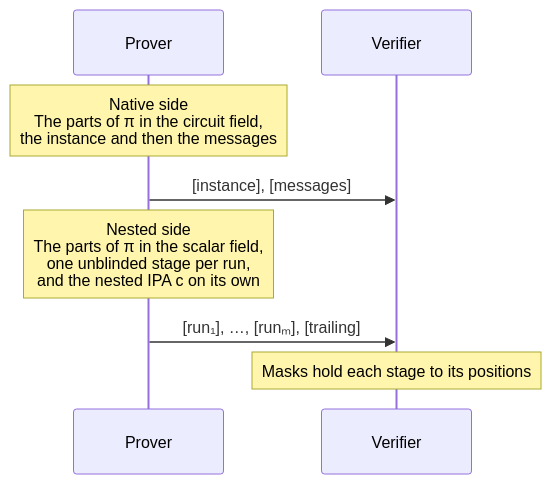
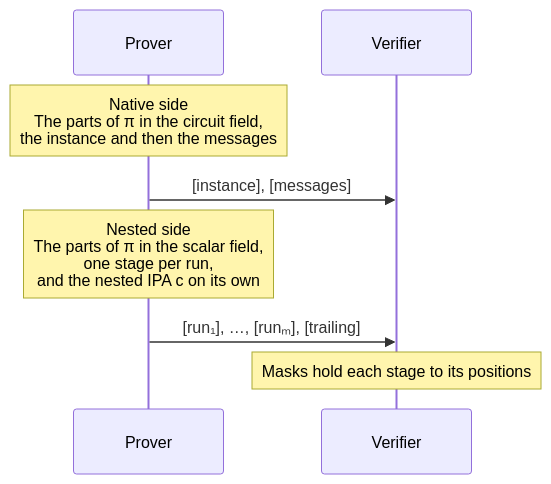
Before and after one commit to tachyon-zcash/ragu: the first of 4 diagrams in book/src/protocol/recursion/decompression.md, drawn with Mermaid. The commit also changed other lines of this file and 3 other files, not shown here.

````diff
--- a/book/src/protocol/recursion/decompression.md
+++ b/book/src/protocol/recursion/decompression.md
@@ -31,10 +30,10 @@
 ```mermaid
 sequenceDiagram
     participant P as Prover
     participant V as Verifier
     Note over P: Native side<br/>The parts of π in the circuit field,<br/>the instance and then the messages
     P->>V: [instance], [messages]
-    Note over P: Nested side<br/>The parts of π in the scalar field,<br/>one unblinded stage per run,<br/>and the nested IPA c on its own
+    Note over P: Nested side<br/>The parts of π in the scalar field,<br/>one stage per run,<br/>and the nested IPA c on its own
     P->>V: [run₁], …, [runₘ], [trailing]
     Note over V: Masks hold each stage to its positions
 ```
````
